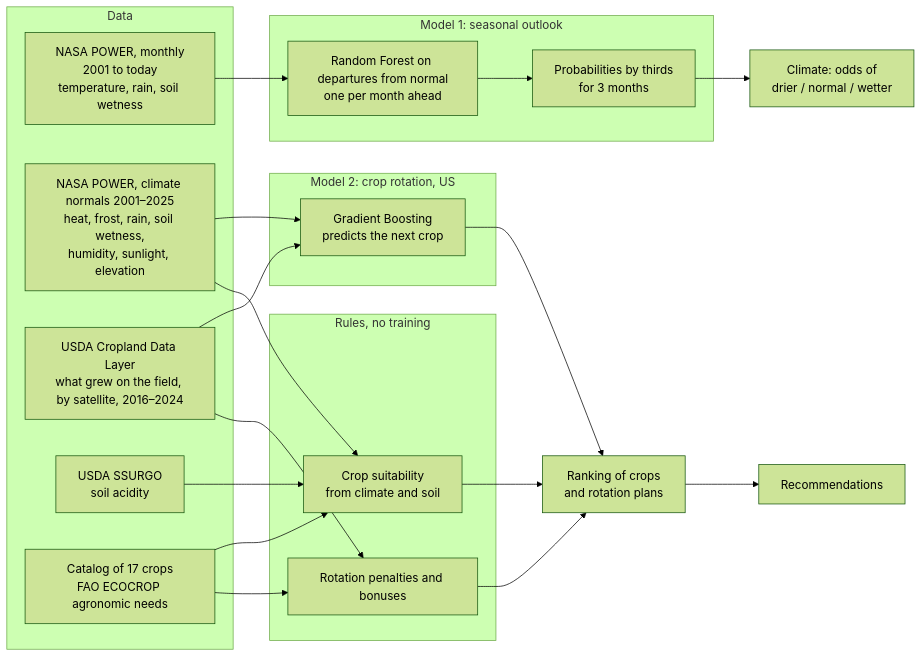
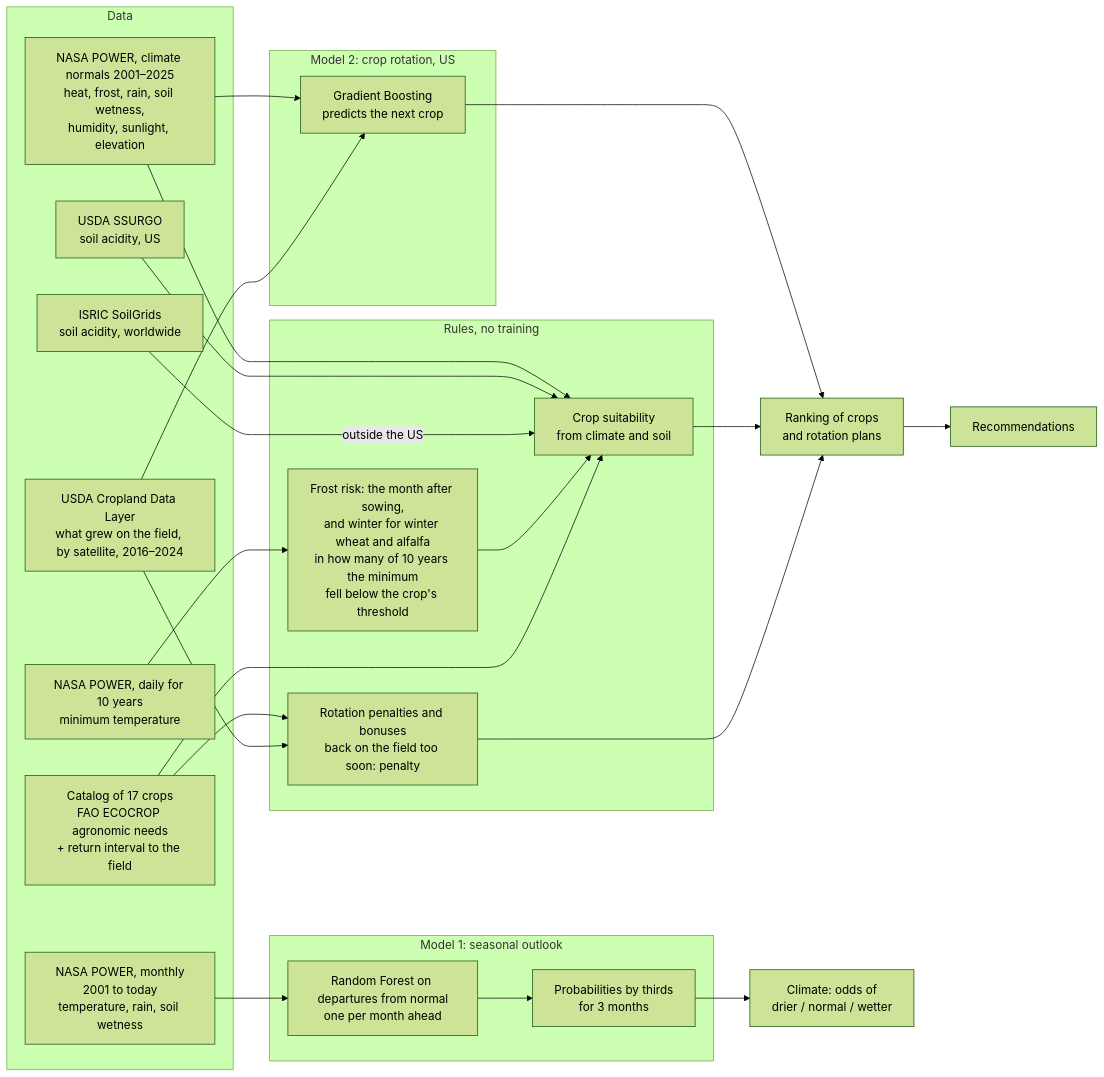
One commit to hishpania/NASASA changed the diagram in docs/diagrams/en/1-ml-overview.mmd. Above: the diagram before and after it, drawn with Mermaid (forest theme). The commit also changed 19 other files, not shown here.

Commit message:
Add SoilGrids pH, frost risk from daily minimums and a 7-year sunflower interval to crop advice

```diff
--- a/docs/diagrams/en/1-ml-overview.mmd
+++ b/docs/diagrams/en/1-ml-overview.mmd
@@ -1,37 +1,42 @@
 flowchart LR
   subgraph DATA["Data"]
     PM["NASA POWER, monthly<br/>2001 to today<br/>temperature, rain, soil wetness"]
     PC["NASA POWER, climate normals 2001–2025<br/>heat, frost, rain, soil wetness,<br/>humidity, sunlight, elevation"]
     CDL["USDA Cropland Data Layer<br/>what grew on the field, by satellite, 2016–2024"]
-    SOIL["USDA SSURGO<br/>soil acidity"]
-    ECO["Catalog of 17 crops<br/>FAO ECOCROP agronomic needs"]
+    PD["NASA POWER, daily for 10 years<br/>minimum temperature"]
+    SOIL["USDA SSURGO<br/>soil acidity, US"]
+    SG["ISRIC SoilGrids<br/>soil acidity, worldwide"]
+    ECO["Catalog of 17 crops<br/>FAO ECOCROP agronomic needs<br/>+ return interval to the field"]
   end
 
   subgraph M1["Model 1: seasonal outlook"]
     RF["Random Forest on departures from normal<br/>one per month ahead"]
     TER["Probabilities by thirds<br/>for 3 months"]
   end
 
   subgraph M2["Model 2: crop rotation, US"]
     HGB["Gradient Boosting<br/>predicts the next crop"]
   end
 
   subgraph R["Rules, no training"]
     SUIT["Crop suitability<br/>from climate and soil"]
-    ROT["Rotation penalties and bonuses"]
+    FROST["Frost risk: the month after sowing,<br/>and winter for winter wheat and alfalfa<br/>in how many of 10 years the minimum<br/>fell below the crop's threshold"]
+    ROT["Rotation penalties and bonuses<br/>back on the field too soon: penalty"]
   end
 
   SCORE["Ranking of crops<br/>and rotation plans"]
 
   PM --> RF --> TER --> OUT1["Climate: odds of<br/>drier / normal / wetter"]
   PC --> HGB
   CDL --> HGB
   PC --> SUIT
   SOIL --> SUIT
+  SG -->|outside the US| SUIT
+  PD --> FROST --> SUIT
   ECO --> SUIT
   ECO --> ROT
   CDL --> ROT
   HGB --> SCORE
   SUIT --> SCORE
   ROT --> SCORE
   SCORE --> OUT2["Recommendations"]
```
